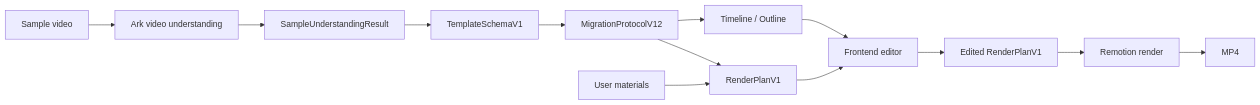
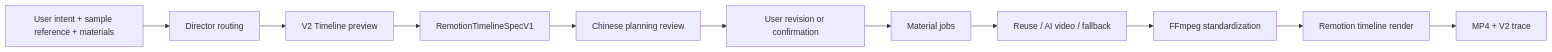
Before and after one commit to liumu2024/AUTO_Audio: the diagram in docs/PIPELINE.md, drawn with Mermaid. The commit also changed other lines of this file and 78 other files, not shown here.

Commit message:
feat: route creation through v2 timeline

````diff
--- a/docs/PIPELINE.md
+++ b/docs/PIPELINE.md
@@ -8,15 +8,13 @@
 ```mermaid
 flowchart LR
-  A["Sample video"] --> B["Ark video understanding"]
-  B --> C["SampleUnderstandingResult"]
-  C --> D["TemplateSchemaV1"]
-  D --> E["MigrationProtocolV12"]
-  E --> F["Timeline / Outline"]
-  E --> G["RenderPlanV1"]
-  H["User materials"] --> G
-  F --> I["Frontend editor"]
-  G --> I
-  I --> J["Edited RenderPlanV1"]
-  J --> K["Remotion render"]
-  K --> L["MP4"]
+  A["User intent + sample reference + materials"] --> B["Director routing"]
+  B --> C["V2 Timeline preview"]
+  C --> D["RemotionTimelineSpecV1"]
+  D --> E["Chinese planning review"]
+  E --> F["User revision or confirmation"]
+  F --> G["Material jobs"]
+  G --> H["Reuse / AI video / fallback"]
+  H --> I["FFmpeg standardization"]
+  I --> J["Remotion timeline render"]
+  J --> K["MP4 + V2 trace"]
 ```
````
